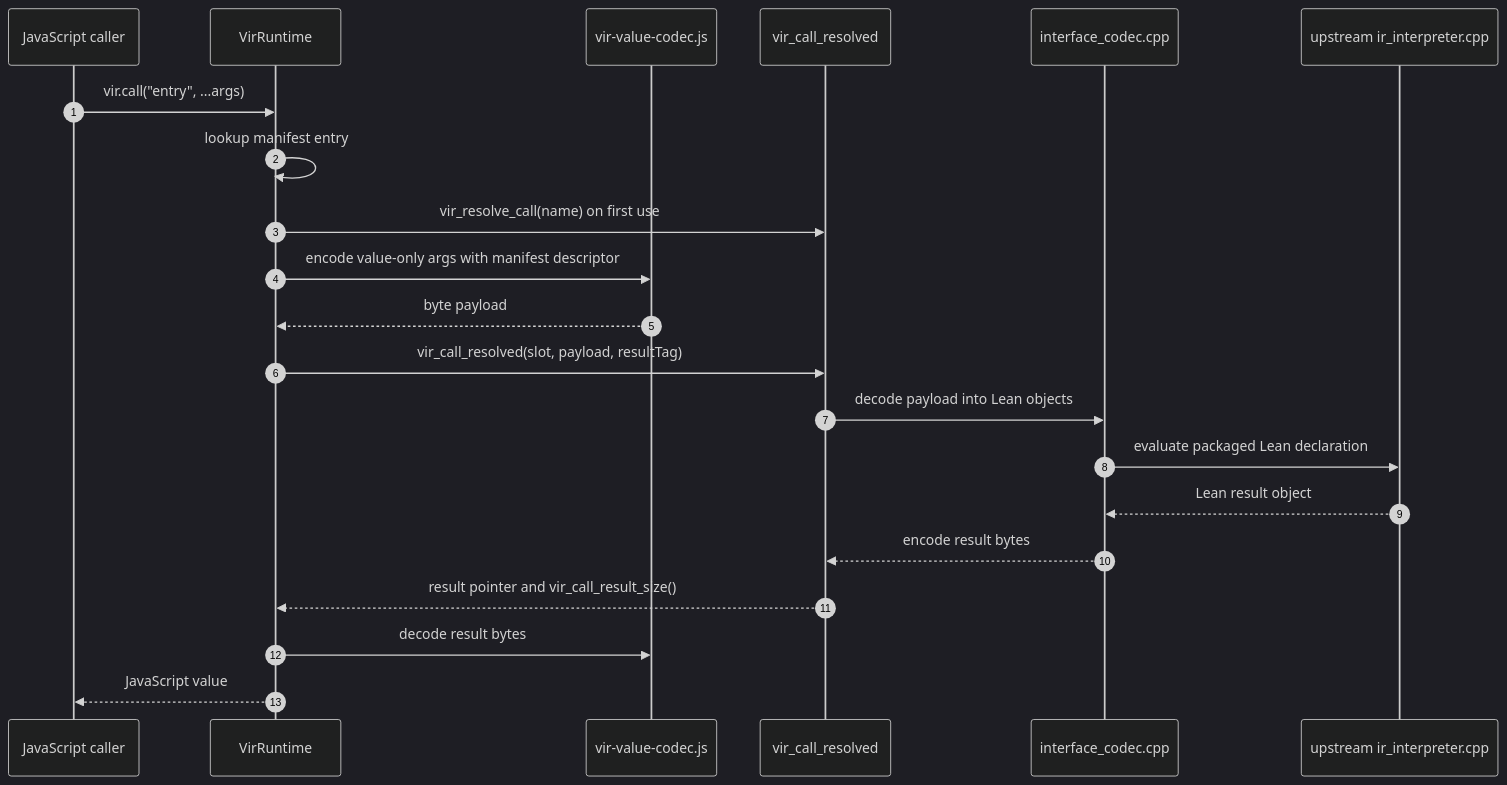
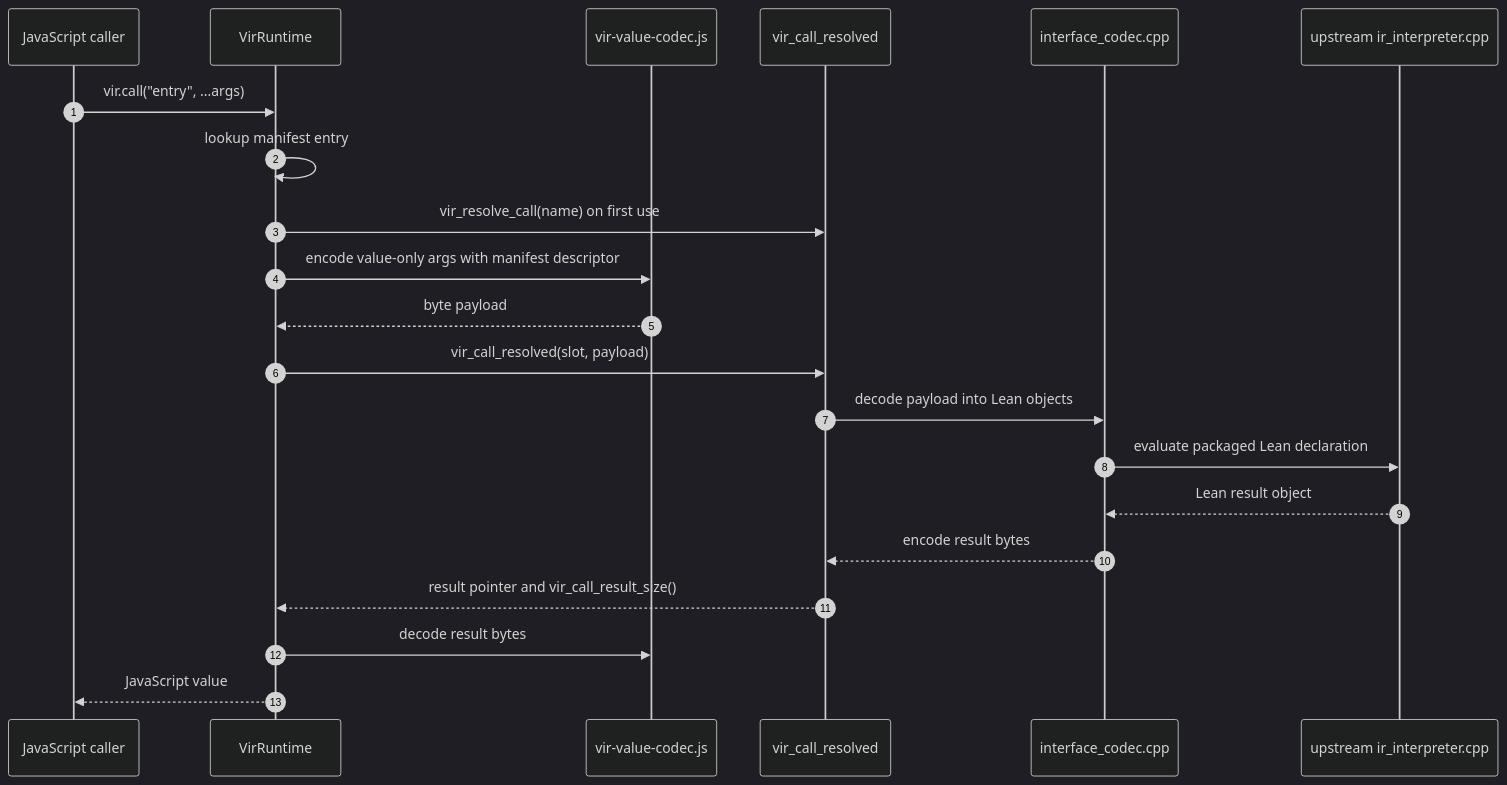
The first of 5 diagrams in docs/DEVELOPER_GUIDE.md (ejgallego/lean-vir), drawn with Mermaid (dark theme) before and after one commit. The commit also changed 5 other files, not shown here.

Commit message:
chore: drop resolved call result tag

````diff
--- a/docs/DEVELOPER_GUIDE.md
+++ b/docs/DEVELOPER_GUIDE.md
@@ -59,24 +59,24 @@
 ```mermaid
 sequenceDiagram
     autonumber
     participant JS as JavaScript caller
     participant RT as VirRuntime
     participant Codec as vir-value-codec.js
     participant Wasm as vir_call_resolved
     participant Cpp as interface_codec.cpp
     participant IR as upstream ir_interpreter.cpp
 
     JS->>RT: vir.call("entry", ...args)
     RT->>RT: lookup manifest entry
     RT->>Wasm: vir_resolve_call(name) on first use
     RT->>Codec: encode value-only args with manifest descriptor
     Codec-->>RT: byte payload
-    RT->>Wasm: vir_call_resolved(slot, payload, resultTag)
+    RT->>Wasm: vir_call_resolved(slot, payload)
     Wasm->>Cpp: decode payload into Lean objects
     Cpp->>IR: evaluate packaged Lean declaration
     IR-->>Cpp: Lean result object
     Cpp-->>Wasm: encode result bytes
     Wasm-->>RT: result pointer and vir_call_result_size()
     RT->>Codec: decode result bytes
     RT-->>JS: JavaScript value
 ```
````
